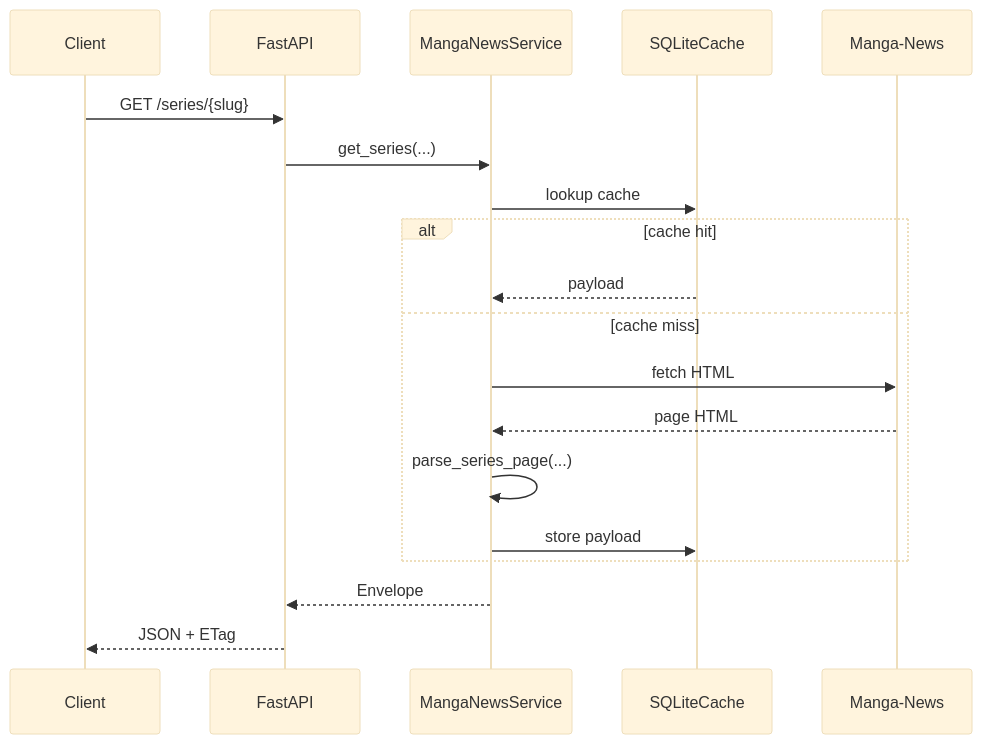
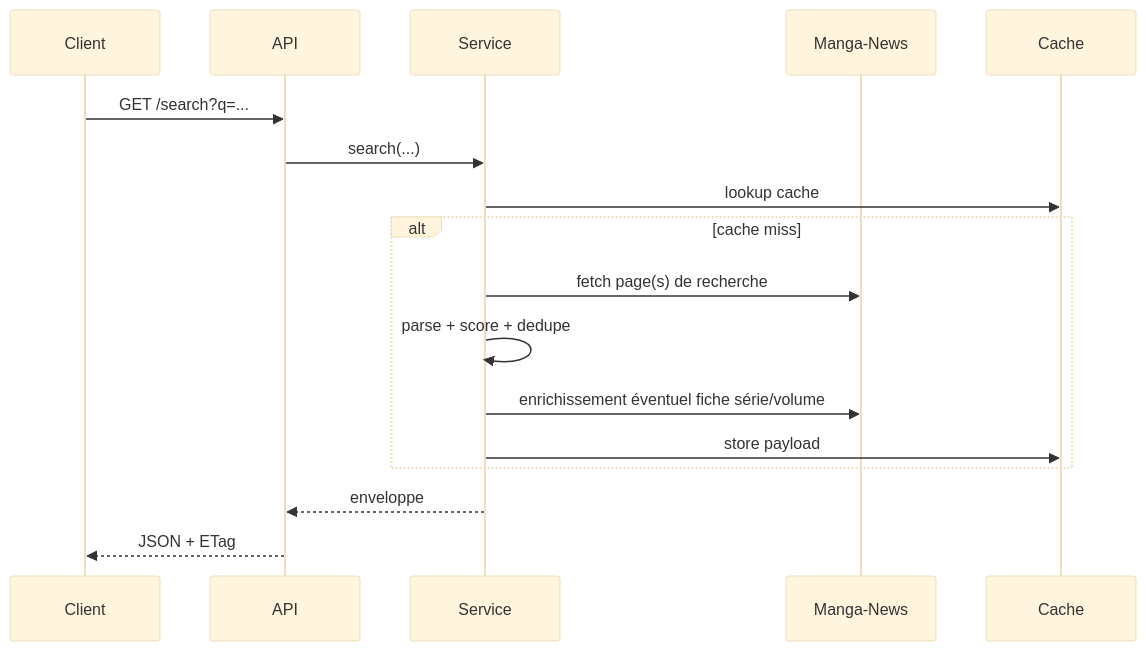
The second of 2 diagrams in docs/ARCHITECTURE.md (Hitman47/APIManga_News), drawn with Mermaid (base theme) before and after one commit. The commit also changed other lines of this file and 13 other files, not shown here.

````diff
--- a/docs/ARCHITECTURE.md
+++ b/docs/ARCHITECTURE.md
@@ -41,22 +24,20 @@
 ```mermaid
 sequenceDiagram
     participant C as Client
-    participant A as FastAPI
-    participant S as MangaNewsService
-    participant K as SQLiteCache
+    participant A as API
+    participant S as Service
     participant M as Manga-News
+    participant K as Cache
 
-    C->>A: GET /series/{slug}
-    A->>S: get_series(...)
+    C->>A: GET /search?q=...
+    A->>S: search(...)
     S->>K: lookup cache
-    alt cache hit
-        K-->>S: payload
-    else cache miss
-        S->>M: fetch HTML
-        M-->>S: page HTML
-        S->>S: parse_series_page(...)
+    alt cache miss
+        S->>M: fetch page(s) de recherche
+        S->>S: parse + score + dedupe
+        S->>M: enrichissement éventuel fiche série/volume
         S->>K: store payload
     end
-    S-->>A: Envelope
+    S-->>A: enveloppe
     A-->>C: JSON + ETag
 ```
````
